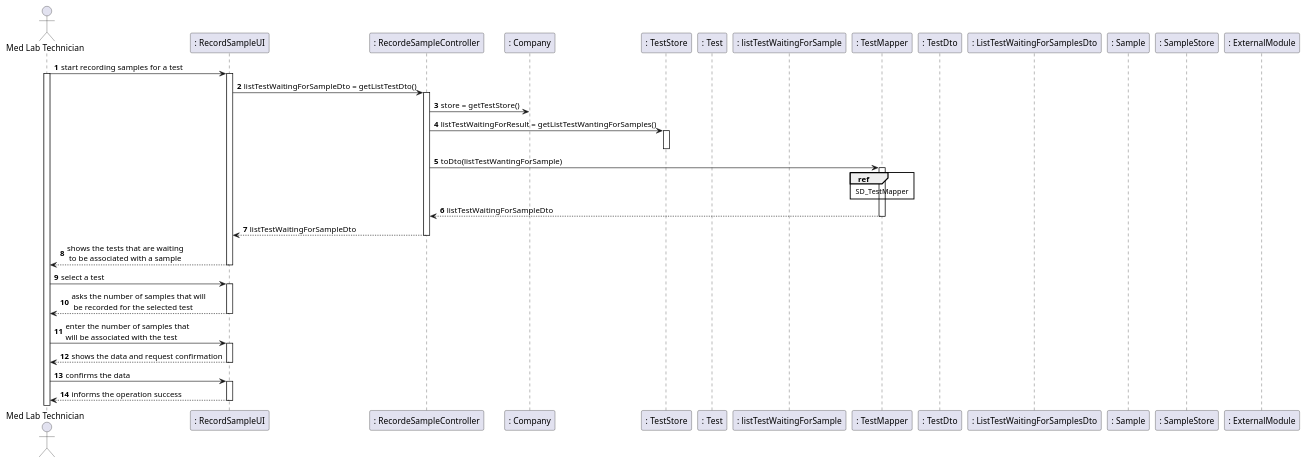
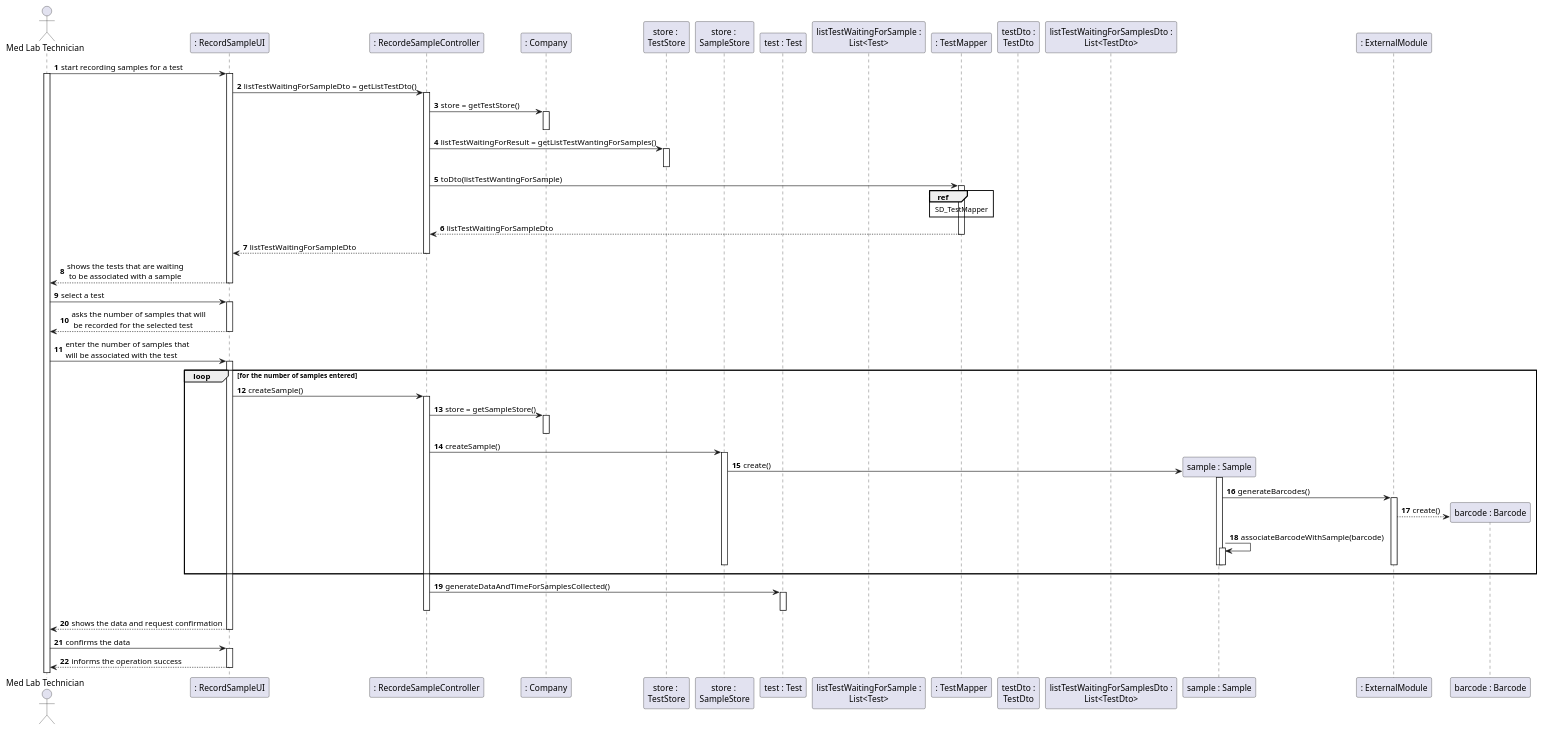
Before and after one commit to manu-07-ela/LAPR2_ISEP: the diagram in docs/SprintC/US05/US05_SD.puml, drawn with PlantUML. The commit also changed 3 other files, not shown here.

```diff
--- a/docs/SprintC/US05/US05_SD.puml
+++ b/docs/SprintC/US05/US05_SD.puml
@@ -1,62 +1,90 @@
 @startuml
 autonumber
 actor "Med Lab Technician" as MEDLAB
 participant ": RecordSampleUI" as UI
 participant ": RecordeSampleController" as CONTROLLER
 participant ": Company" as COMPANY
-participant ": TestStore" as TESTSTORE
-participant ": Test" as TEST
-participant ": listTestWaitingForSample" as TESTLIST
+participant "store : \nTestStore" as TESTSTORE
+participant "store : \nSampleStore" as SAMPLESTORE
+participant "test : Test" as TEST
+participant "listTestWaitingForSample :\nList<Test>" as TESTLIST
 participant ": TestMapper" as MAPPER
-participant ": TestDto" as TESTDTO
-participant ": ListTestWaitingForSamplesDto" as TESTDTOLIST
-participant ": Sample" as SAMPLE
-participant ": SampleStore" as SAMPLESTORE
-participant ": ExternalModule" as EXTERNALMODULE
+participant "testDto :\nTestDto" as TESTDTO
+participant "listTestWaitingForSamplesDto :\nList<TestDto>" as TESTDTOLIST
+
+
 
 
 
 
 
 
 
 MEDLAB -> UI : start recording samples for a test
 activate MEDLAB
 activate UI
 UI -> CONTROLLER : listTestWaitingForSampleDto = getListTestDto()
 activate CONTROLLER
 CONTROLLER -> COMPANY : store = getTestStore()
+activate COMPANY
+deactivate COMPANY
 CONTROLLER -> TESTSTORE : listTestWaitingForResult = getListTestWantingForSamples()
 activate TESTSTORE
 deactivate TESTSTORE
 CONTROLLER -> MAPPER : toDto(listTestWantingForSample)
 activate MAPPER
 ref over MAPPER
 SD_TestMapper
 end ref
 
 MAPPER-->CONTROLLER : listTestWaitingForSampleDto
 deactivate MAPPER
 CONTROLLER --> UI : listTestWaitingForSampleDto
 
 
 
 
 deactivate CONTROLLER
 
 UI --> MEDLAB : shows the tests that are waiting \n to be associated with a sample
 deactivate UI
 MEDLAB -> UI : select a test
 activate UI
 UI --> MEDLAB : asks the number of samples that will \n be recorded for the selected test
 deactivate UI
 MEDLAB ->UI : enter the number of samples that \nwill be associated with the test
+activate UI
+loop for the number of samples entered
+UI->CONTROLLER : createSample()
+activate CONTROLLER
+CONTROLLER->COMPANY : store = getSampleStore()
+activate COMPANY
+deactivate COMPANY
+CONTROLLER->SAMPLESTORE : createSample()
+activate SAMPLESTORE
 
-activate UI
+SAMPLESTORE->"sample : Sample"** : create()
+activate "sample : Sample"
+"sample : Sample" -> ": ExternalModule" : generateBarcodes()
+
+activate ": ExternalModule"
+": ExternalModule" --> "barcode : Barcode"** : create()
+"sample : Sample"->"sample : Sample" : associateBarcodeWithSample(barcode)
+activate "sample : Sample"
+deactivate "sample : Sample"
+deactivate SAMPLESTORE
+deactivate "sample : Sample"
+deactivate ": ExternalModule"
+end loop
+CONTROLLER->TEST : generateDataAndTimeForSamplesCollected()
+activate TEST
+deactivate TEST
+deactivate CONTROLLER
+
 UI --> MEDLAB : shows the data and request confirmation
 deactivate UI
 MEDLAB -> UI : confirms the data
 activate UI
 UI --> MEDLAB : informs the operation success
 deactivate UI
 @enduml
```
